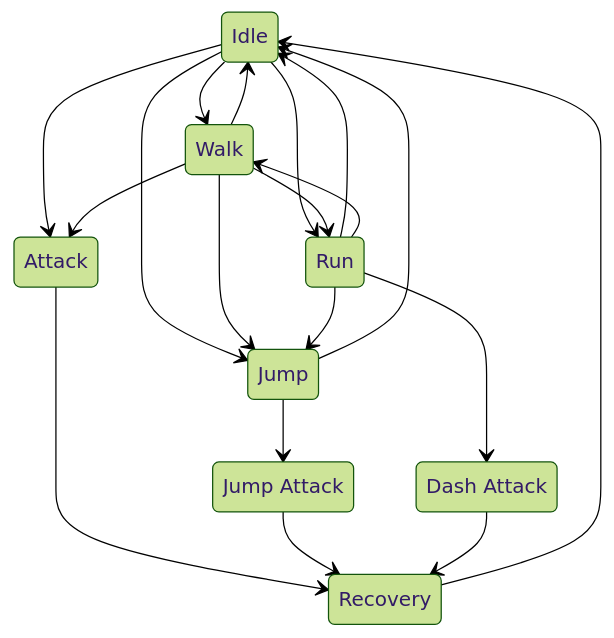
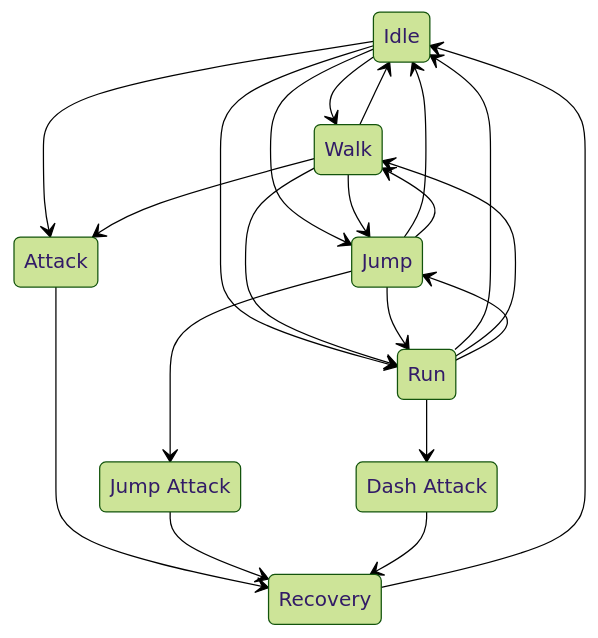
Before and after one commit to Joesephats/Joesephats.github.io: the first of 3 diagrams in PlayerStateMachine.md, drawn with Mermaid (forest theme).

````diff
--- a/PlayerStateMachine.md
+++ b/PlayerStateMachine.md
@@ -3,25 +3,27 @@
 ```mermaid
 stateDiagram-v2
 
     Idle --> Walk
     Idle --> Run
     Idle --> Jump
     Idle --> Attack
     Walk --> Attack
     Walk --> Idle
     Walk --> Jump
     Walk --> Run
     Run --> Dash_Attack
     Run --> Idle
     Run --> Walk
     Run --> Jump
     Jump --> Jump_Attack
     Jump --> Idle
+    Jump --> Walk
+    Jump --> Run
     Attack --> Recovery
     Jump_Attack --> Recovery
     Dash_Attack --> Recovery
     Recovery --> Idle
 
     state "Jump Attack" as Jump_Attack
     state "Dash Attack" as Dash_Attack
 ```
````
